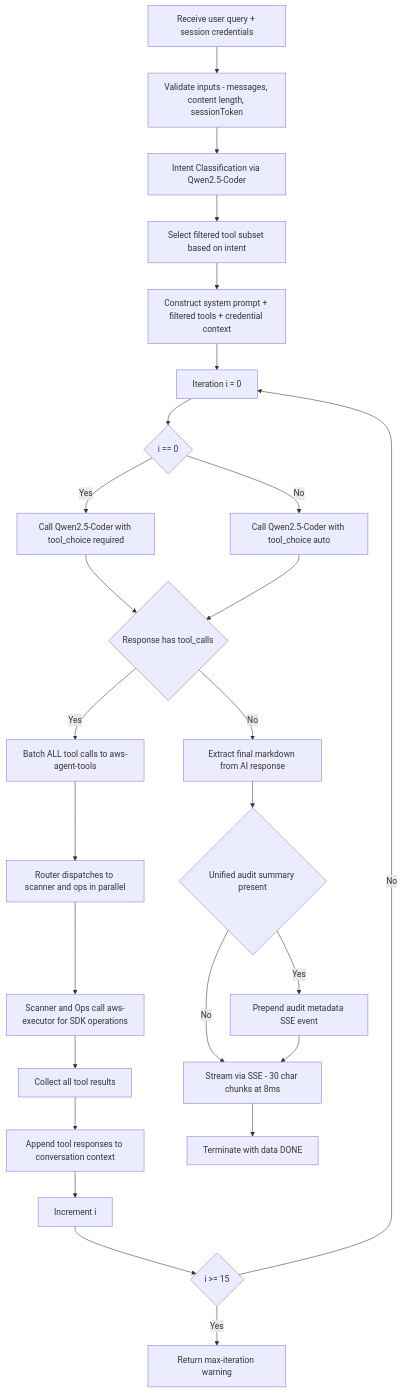
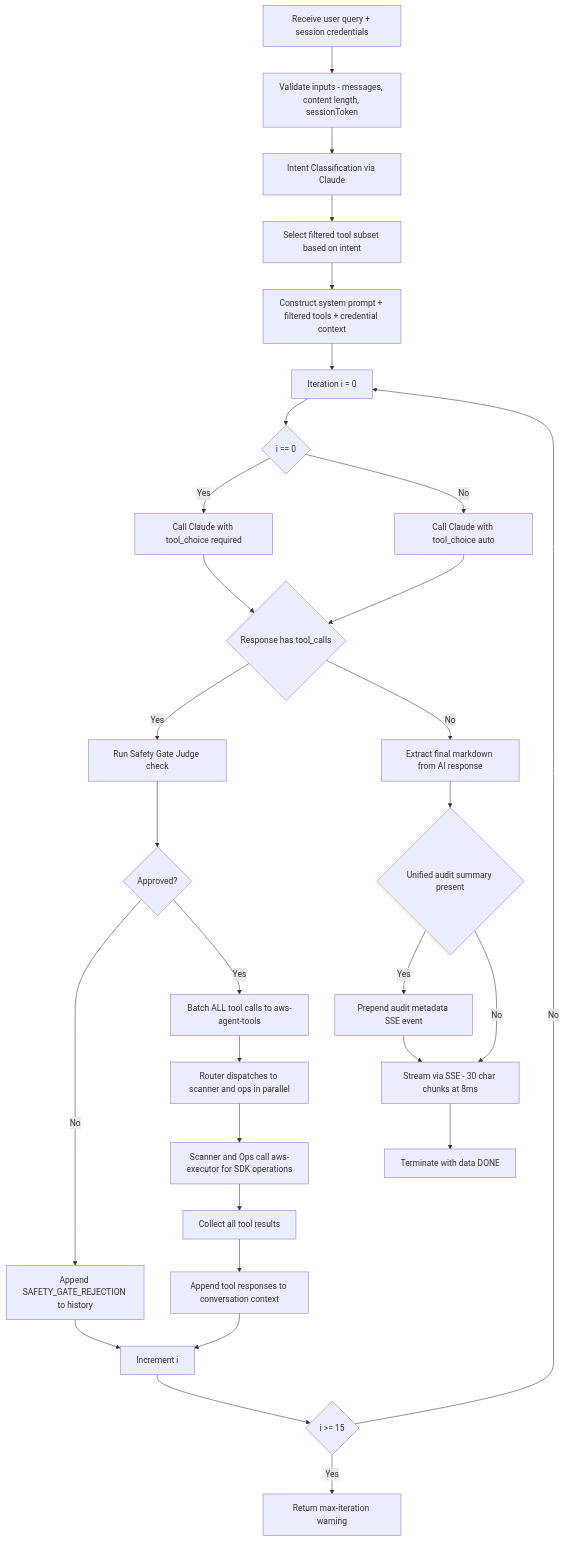
One commit to ritvikindupuri/CloudPilot-AI---AWS-Security-Agent changed the seventh of 43 diagrams in TECHNICAL_DOCUMENTATION.md. Above: the diagram before and after it, drawn with Mermaid. The commit also changed other lines of this file and 2 other files, not shown here.

Commit message:
feat: migrate exclusively to Claude 3.5 Sonnet, implement Safety Gate Judge consensus checking, and update documentation

````diff
--- a/TECHNICAL_DOCUMENTATION.md
+++ b/TECHNICAL_DOCUMENTATION.md
@@ -681,28 +678,32 @@
 ```mermaid
 flowchart TD
     A[Receive user query + session credentials] --> B[Validate inputs - messages, content length, sessionToken]
-    B --> B2[Intent Classification via Qwen2.5-Coder]
+    B --> B2[Intent Classification via Claude]
     B2 --> B3[Select filtered tool subset based on intent]
     B3 --> C[Construct system prompt + filtered tools + credential context]
     C --> D[Iteration i = 0]
     D --> E{i == 0}
-    E -- Yes --> F[Call Qwen2.5-Coder with tool_choice required]
-    E -- No --> G[Call Qwen2.5-Coder with tool_choice auto]
+    E -- Yes --> F[Call Claude with tool_choice required]
+    E -- No --> G[Call Claude with tool_choice auto]
     F --> H{Response has tool_calls}
     G --> H
-    H -- Yes --> I[Batch ALL tool calls to aws-agent-tools]
-    I --> J[Router dispatches to scanner and ops in parallel]
-    J --> K[Scanner and Ops call aws-executor for SDK operations]
-    K --> L[Collect all tool results]
-    L --> M2[Append tool responses to conversation context]
-    M2 --> N[Increment i]
+    H -- Yes --> I[Run Safety Gate Judge check]
+    I --> I2{Approved?}
+    I2 -- No --> I3[Append SAFETY_GATE_REJECTION to history]
+    I3 --> N[Increment i]
+    I2 -- Yes --> J[Batch ALL tool calls to aws-agent-tools]
+    J --> K[Router dispatches to scanner and ops in parallel]
+    K --> L[Scanner and Ops call aws-executor for SDK operations]
+    L --> M2[Collect all tool results]
+    M2 --> M3[Append tool responses to conversation context]
+    M3 --> N
     N --> O{i >= 15}
     O -- Yes --> P[Return max-iteration warning]
     O -- No --> D
     H -- No --> Q[Extract final markdown from AI response]
     Q --> R{Unified audit summary present}
     R -- Yes --> S[Prepend audit metadata SSE event]
     R -- No --> T[Stream via SSE - 30 char chunks at 8ms]
     S --> T
     T --> U[Terminate with data DONE]
 ```
````
